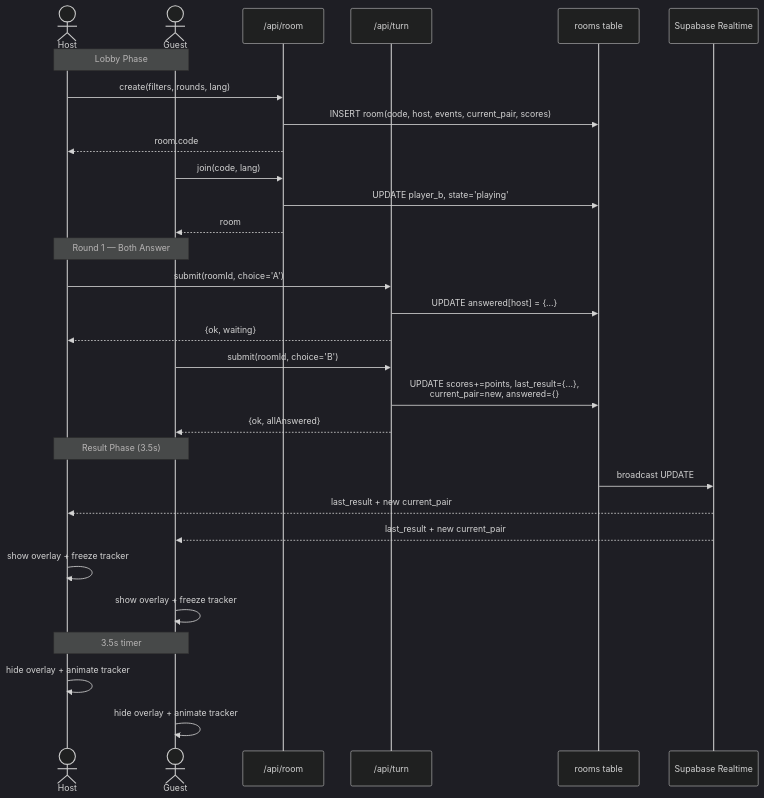
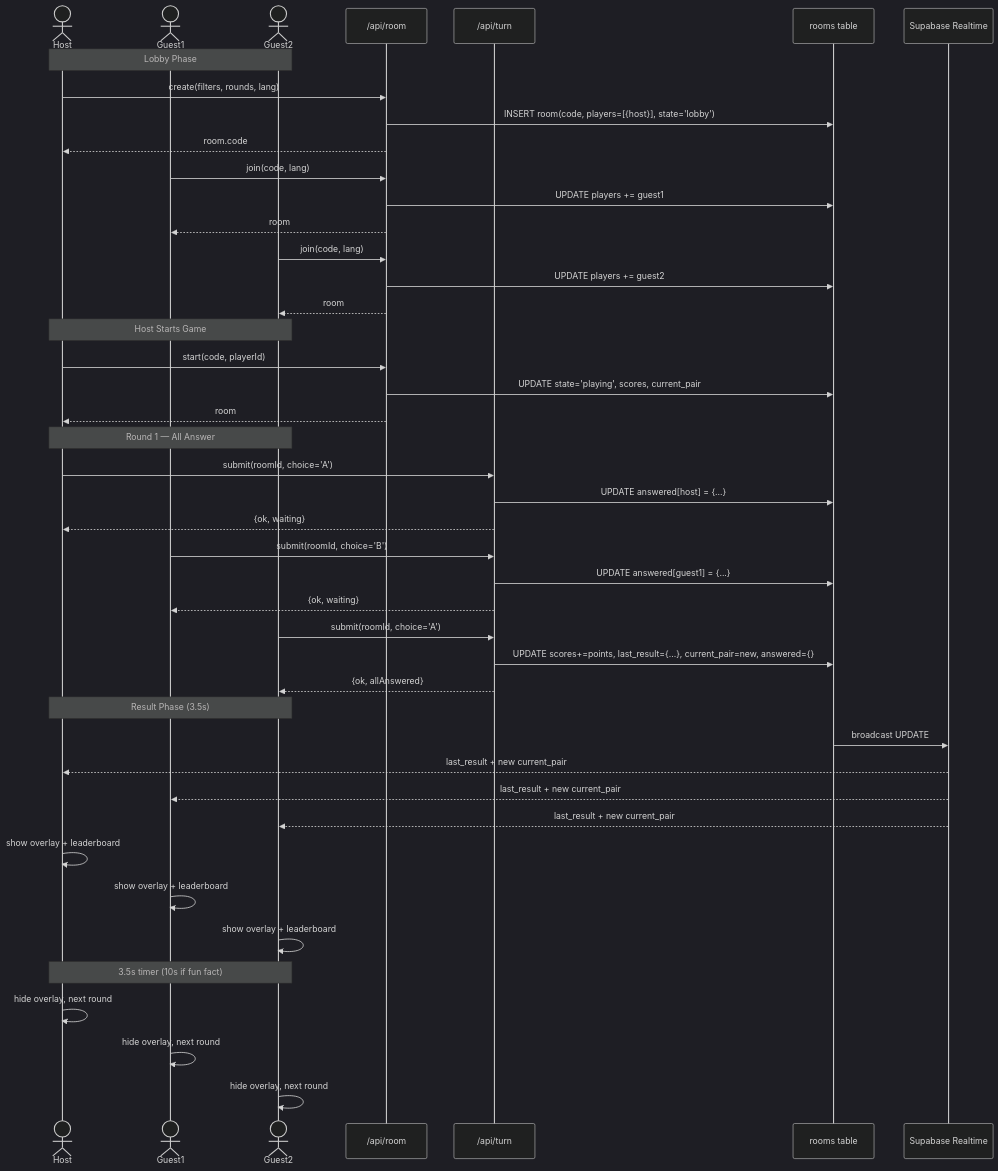
The second of 7 diagrams in docs/architecture.md (prokopHouda/history_game), drawn with Mermaid (dark theme) before and after one commit. The commit also changed other lines of this file and 7 other files, not shown here.

````diff
--- a/docs/architecture.md
+++ b/docs/architecture.md
@@ -41,35 +41,50 @@
 ```mermaid
 sequenceDiagram
     actor Host
-    actor Guest
+    actor Guest1
+    actor Guest2
     participant API as /api/room
     participant Turn as /api/turn
     participant DB as rooms table
     participant RT as Supabase Realtime
 
-    Note over Host, Guest: Lobby Phase
+    Note over Host, Guest2: Lobby Phase
     Host->>API: create(filters, rounds, lang)
-    API->>DB: INSERT room(code, host, events, current_pair, scores)
+    API->>DB: INSERT room(code, players=[{host}], state='lobby')
     API-->>Host: room.code
-    Guest->>API: join(code, lang)
-    API->>DB: UPDATE player_b, state='playing'
-    API-->>Guest: room
+    Guest1->>API: join(code, lang)
+    API->>DB: UPDATE players += guest1
+    API-->>Guest1: room
+    Guest2->>API: join(code, lang)
+    API->>DB: UPDATE players += guest2
+    API-->>Guest2: room
 
-    Note over Host, Guest: Round 1 — Both Answer
+    Note over Host, Guest2: Host Starts Game
+    Host->>API: start(code, playerId)
+    API->>DB: UPDATE state='playing', scores, current_pair
+    API-->>Host: room
+
+    Note over Host, Guest2: Round 1 — All Answer
     Host->>Turn: submit(roomId, choice='A')
     Turn->>DB: UPDATE answered[host] = {...}
     Turn-->>Host: {ok, waiting}
-    Guest->>Turn: submit(roomId, choice='B')
-    Turn->>DB: UPDATE scores+=points, last_result={...},<br/>current_pair=new, answered={}
-    Turn-->>Guest: {ok, allAnswered}
+    Guest1->>Turn: submit(roomId, choice='B')
+    Turn->>DB: UPDATE answered[guest1] = {...}
+    Turn-->>Guest1: {ok, waiting}
+    Guest2->>Turn: submit(roomId, choice='A')
+    Turn->>DB: UPDATE scores+=points, last_result={...}, current_pair=new, answered={}
+    Turn-->>Guest2: {ok, allAnswered}
 
-    Note over Host, Guest: Result Phase (3.5s)
+    Note over Host, Guest2: Result Phase (3.5s)
     DB->>RT: broadcast UPDATE
     RT-->>Host: last_result + new current_pair
-    RT-->>Guest: last_result + new current_pair
-    Host->>Host: show overlay + freeze tracker
-    Guest->>Guest: show overlay + freeze tracker
-    Note over Host, Guest: 3.5s timer
-    Host->>Host: hide overlay + animate tracker
-    Guest->>Guest: hide overlay + animate tracker
+    RT-->>Guest1: last_result + new current_pair
+    RT-->>Guest2: last_result + new current_pair
+    Host->>Host: show overlay + leaderboard
+    Guest1->>Guest1: show overlay + leaderboard
+    Guest2->>Guest2: show overlay + leaderboard
+    Note over Host, Guest2: 3.5s timer (10s if fun fact)
+    Host->>Host: hide overlay, next round
+    Guest1->>Guest1: hide overlay, next round
+    Guest2->>Guest2: hide overlay, next round
 ```
````
